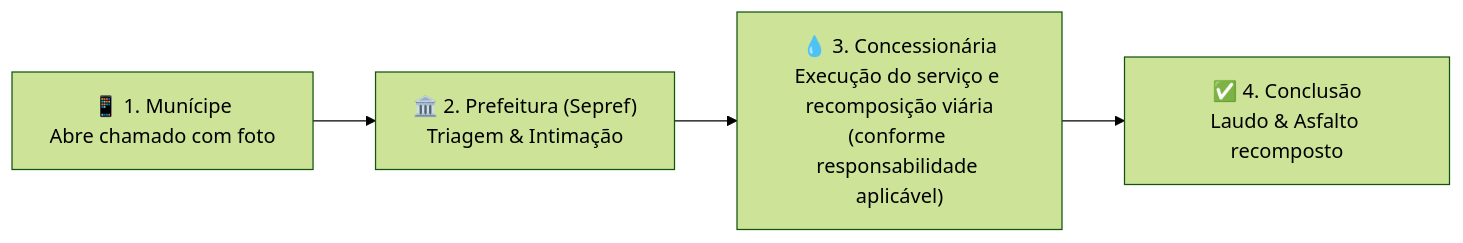
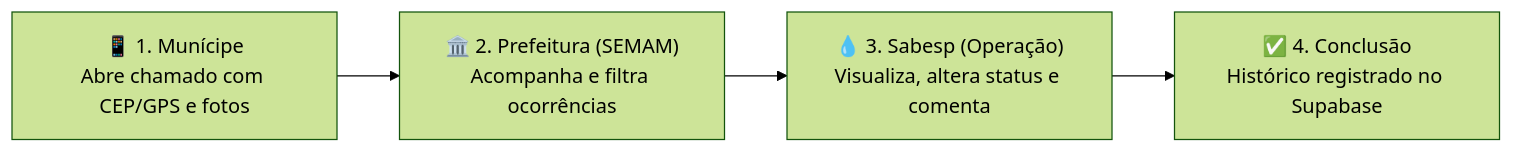
One commit to CarvalhoNathan/sabesp changed the diagram in README.md. Above: the diagram before and after it, drawn with Mermaid (forest theme). The commit also changed other lines of this file, not shown here.

````diff
--- a/README.md
+++ b/README.md
@@ -78,6 +83,6 @@
 ```mermaid
 flowchart LR
-    A["📱 1. Munícipe<br/>Abre chamado com foto"] --> B["🏛️ 2. Prefeitura (Sepref)<br/>Triagem & Intimação"]
-    B --> C["💧 3. Concessionária<br/>Execução do serviço e recomposição viária<br/>(conforme responsabilidade aplicável)"]
-    C --> D["✅ 4. Conclusão<br/>Laudo & Asfalto recomposto"]
+    A["📱 1. Munícipe<br/>Abre chamado com CEP/GPS e fotos"] --> B["🏛️ 2. Prefeitura (SEMAM)<br/>Acompanha e filtra ocorrências"]
+    B --> C["💧 3. Sabesp (Operação)<br/>Visualiza, altera status e comenta"]
+    C --> D["✅ 4. Conclusão<br/>Histórico registrado no Supabase"]
 ```
````
